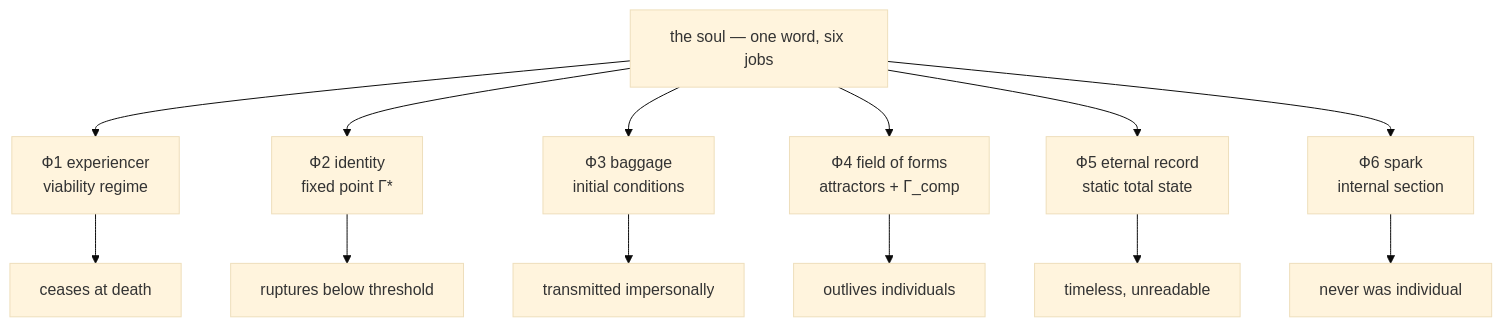
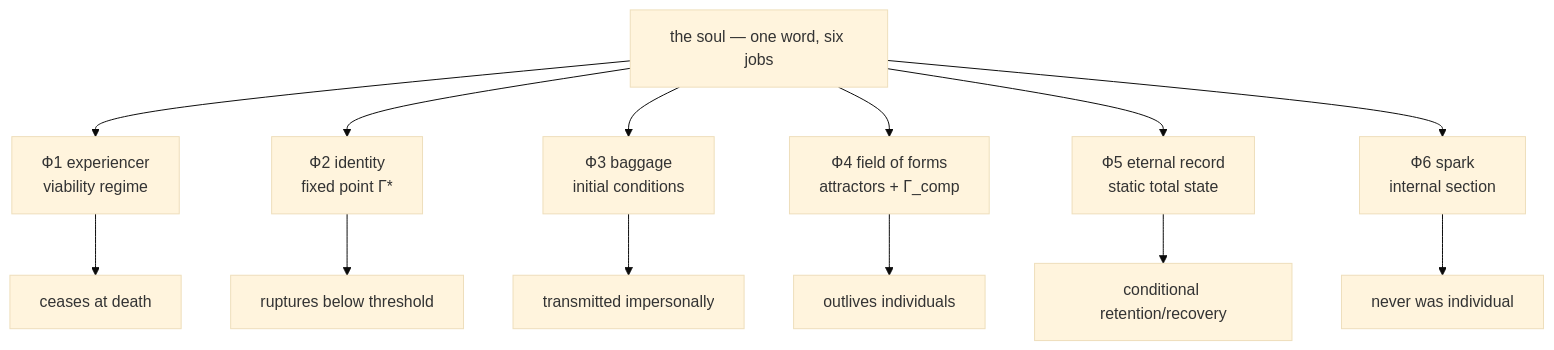
The diagram in website/docs/consciousness/comparative/soul-decomposition.md (gst-st/uhm), drawn with Mermaid (base theme) before and after one commit. The commit also changed other lines of this file and 248 other files, not shown here.

````diff
--- a/website/docs/consciousness/comparative/soul-decomposition.md
+++ b/website/docs/consciousness/comparative/soul-decomposition.md
@@ -226,22 +208,22 @@
 ```mermaid
 graph TD
     SOUL["the soul — one word, six jobs"]
     F1["Ф1 experiencer<br/>viability regime"]
     F2["Ф2 identity<br/>fixed point Γ*"]
     F3["Ф3 baggage<br/>initial conditions"]
     F4["Ф4 field of forms<br/>attractors + Γ_comp"]
     F5["Ф5 eternal record<br/>static total state"]
     F6["Ф6 spark<br/>internal section"]
     SOUL --> F1
     SOUL --> F2
     SOUL --> F3
     SOUL --> F4
     SOUL --> F5
     SOUL --> F6
     F1 --> D1["ceases at death"]
     F2 --> D2["ruptures below threshold"]
     F3 --> D3["transmitted impersonally"]
     F4 --> D4["outlives individuals"]
-    F5 --> D5["timeless, unreadable"]
+    F5 --> D5["conditional retention/recovery"]
     F6 --> D6["never was individual"]
 ```
````
